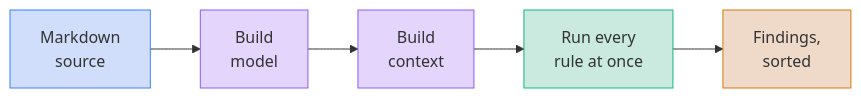
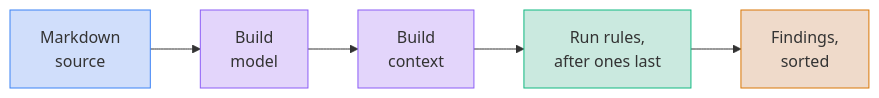
One commit to jpeakai/jpai-prose-gates changed the ninth of 20 diagrams in docs/DATA_MODEL.md. Above: the diagram before and after it, drawn with Mermaid. The commit also changed other lines of this file and 163 other files, not shown here.

````diff
--- a/docs/DATA_MODEL.md
+++ b/docs/DATA_MODEL.md
@@ -273,9 +343,9 @@
 ```mermaid
 flowchart LR
-    SRC["Markdown<br/>source"]:::source --> MODEL["Build<br/>model"]:::build --> CTX["Build<br/>context"]:::build --> RULES["Run every<br/>rule at once"]:::gate --> OUT["Findings,<br/>sorted"]:::out
+    SRC["Markdown<br/>source"]:::source --> MODEL["Build<br/>model"]:::build --> CTX["Build<br/>context"]:::build --> RULES["Run rules,<br/>after ones last"]:::gate --> OUT["Findings,<br/>sorted"]:::out
 
     classDef source fill:#2563eb36,stroke:#3b82f6
     classDef build  fill:#7c3aed36,stroke:#8b5cf6
     classDef gate   fill:#05966936,stroke:#10b981
     classDef out    fill:#b4530936,stroke:#d97706
 ```
````
